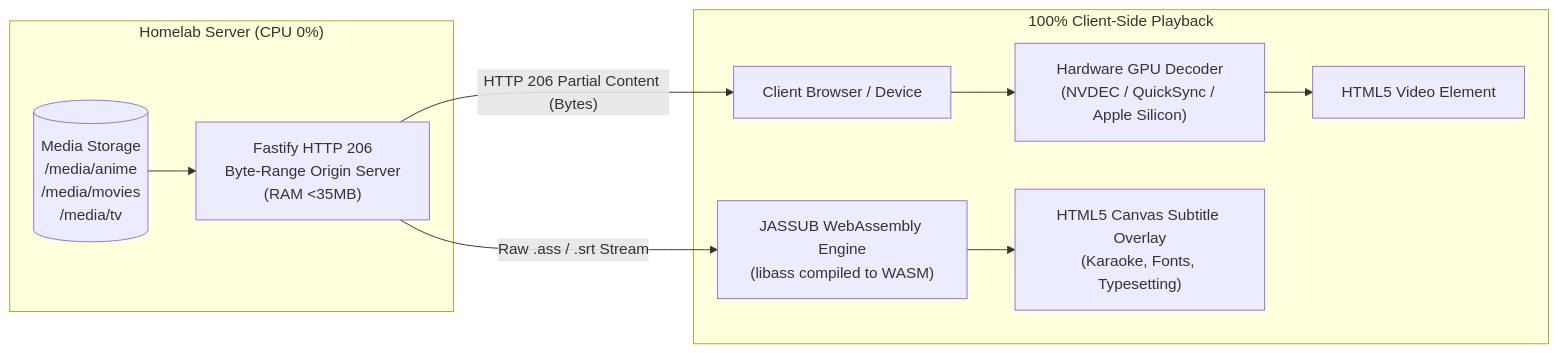
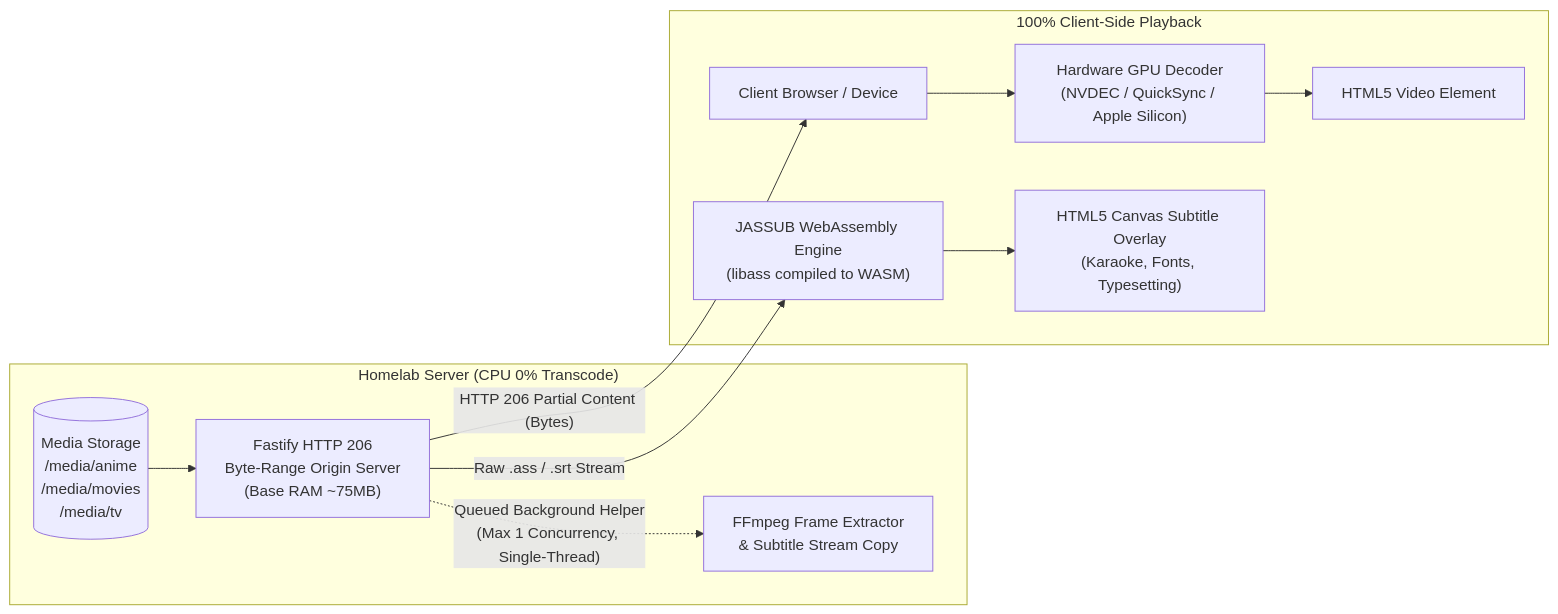
One commit to srytmj/stream-vault changed the diagram in README.md. Above: the diagram before and after it, drawn with Mermaid. The commit also changed other lines of this file and 10 other files, not shown here.

````diff
--- a/README.md
+++ b/README.md
@@ -42,15 +42,16 @@
 ```mermaid
 graph LR
-    subgraph Server["Homelab Server (CPU 0%)"]
-        Disk[("Media Storage\n/media/anime\n/media/movies\n/media/tv")] --> Origin["Fastify HTTP 206\nByte-Range Origin Server\n(RAM <35MB)"]
+    subgraph Server["Homelab Server (CPU 0% Transcode)"]
+        Disk[("Media Storage\n/media/anime\n/media/movies\n/media/tv")] --> Origin["Fastify HTTP 206\nByte-Range Origin Server\n(Base RAM ~75MB)"]
+        Origin -.->|"Queued Background Helper\n(Max 1 Concurrency, Single-Thread)"| Worker["FFmpeg Frame Extractor\n& Subtitle Stream Copy"]
     end
 
     Origin -->|"HTTP 206 Partial Content (Bytes)"| Client["Client Browser / Device"]
 
     subgraph ClientPlayer["100% Client-Side Playback"]
         Client --> Demux["Hardware GPU Decoder\n(NVDEC / QuickSync / Apple Silicon)"]
         Origin -->|"Raw .ass / .srt Stream"| Sub["JASSUB WebAssembly Engine\n(libass compiled to WASM)"]
         Demux --> Screen["HTML5 Video Element"]
         Sub --> Canvas["HTML5 Canvas Subtitle Overlay\n(Karaoke, Fonts, Typesetting)"]
     end
 ```
````
